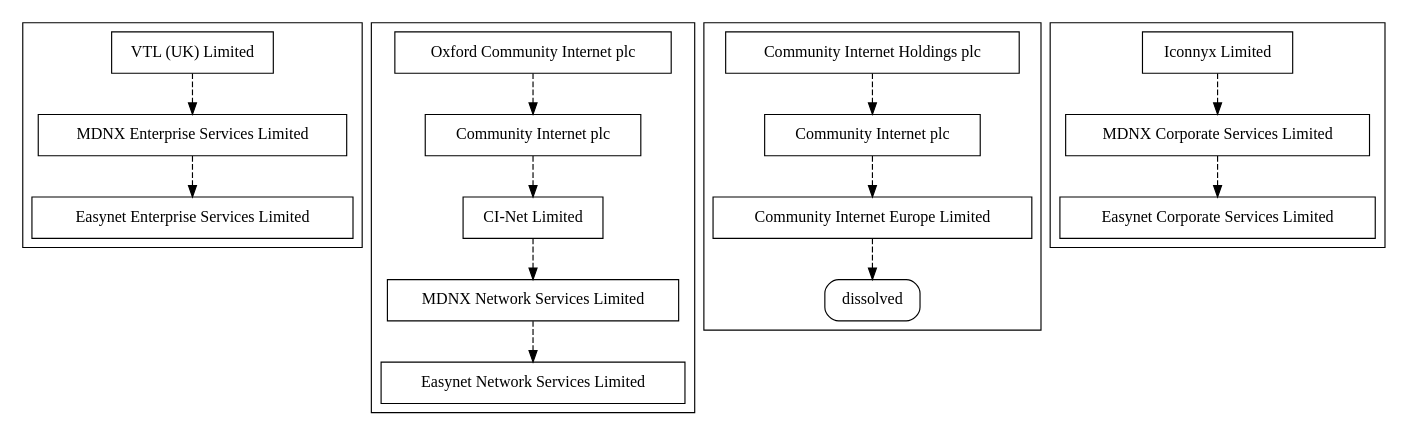
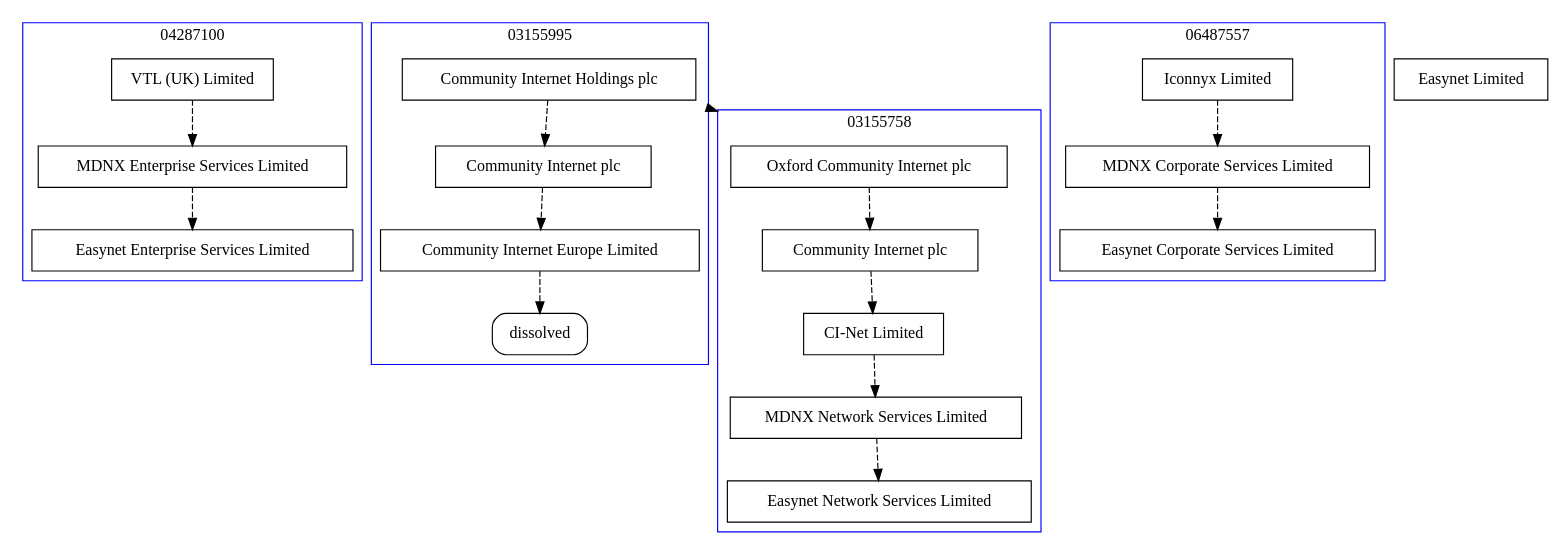
One commit to raybellis/uk-isp-history changed the diagram in history.dot. Above: the diagram before and after it, drawn with Graphviz.

Commit message:
poor attempt at showing a holding company

```diff
--- a/history.dot
+++ b/history.dot
@@ -1,51 +1,67 @@
 digraph {
-	node [shape=box];
+	graph [compound=true];
+	node [shape=record];
 	edge [style=dashed];
 
 	// corporate renamings
 	subgraph "cluster-04287100" {
+		label = "04287100";
+		color = blue;
 		"04287100-20010913" ->
 		"04287100-20101115" ->
 		"04287100-20140829";
 	}
 
 	subgraph "cluster-03155758" {
+		label = "03155758";
+		color = blue;
 		"03155758-19960201" ->
 		"03155758-19990412" ->
 		"03155758-20080328" ->
 		"03155758-20110214" ->
 		"03155758-20140829";
 	}
 
 	subgraph "cluster-03155995" {
+		label = "03155995";
+		color = blue;
 		"03155995-19960206" ->
 		"03155995-19970919" ->
 		"03155995-19990408" ->
 		"03155995-20100715";
 	}
 
 	subgraph "cluster-06487557" {
+		label = "06487557";
+		color = blue;
 		"06487557-20080129" ->
 		"06487557-20121105" ->
 		"06487557-20140829";
 	}
+
+	// corporate ownership
+	edge [style=solid];
+	"03155995-19960206" -> "03155758-19960201" [ltail="cluster-03155995",lhead="cluster-03155758"];
+
+	// corporate names
+	"02954343-19940801" [label="Easynet Limited"];
 
 	"04287100-20010913" [label="VTL (UK) Limited"];
 	"04287100-20101115" [label="MDNX Enterprise Services Limited"];
 	"04287100-20140829" [label="Easynet Enterprise Services Limited"];
 
 	"03155758-19960201" [label="Oxford Community Internet plc"];
 	"03155758-19990412" [label="Community Internet plc"];
 	"03155758-20080328" [label="CI-Net Limited"];
 	"03155758-20110214" [label="MDNX Network Services Limited"];
 	"03155758-20140829" [label="Easynet Network Services Limited"];
 
 	"03155995-19960206" [label="Community Internet Holdings plc"];
 	"03155995-19970919" [label="Community Internet plc"];
 	"03155995-19990408" [label="Community Internet Europe Limited"];
 	"03155995-20100715" [label="dissolved", style=rounded];
 
 	"06487557-20080129" [label="Iconnyx Limited"];
 	"06487557-20121105" [label="MDNX Corporate Services Limited"];
 	"06487557-20140829" [label="Easynet Corporate Services Limited"];
 }
```
